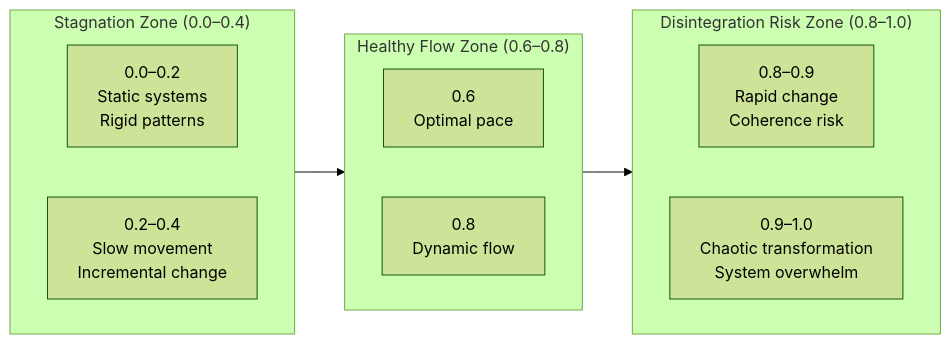
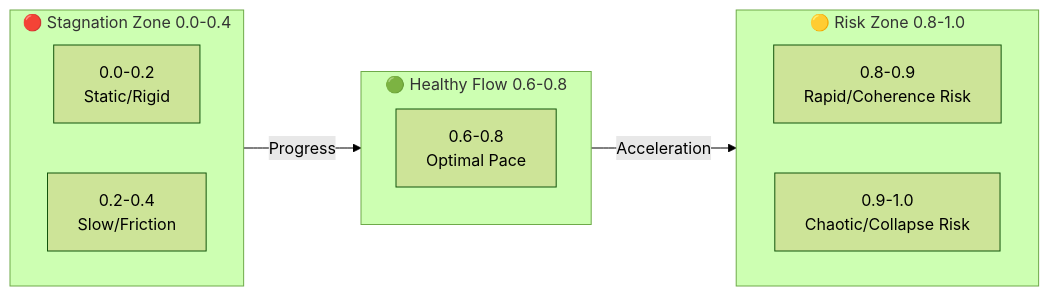
One commit to ravaioli/solarpunk-mandala changed the fourth of 7 diagrams in framework/core-model/04-temporal-unfolding-dialectical-phases.md. Above: the diagram before and after it, drawn with Mermaid (forest theme). The commit also changed other lines of this file, not shown here.

````diff
--- a/framework/core-model/04-temporal-unfolding-dialectical-phases.md
+++ b/framework/core-model/04-temporal-unfolding-dialectical-phases.md
@@ -187,22 +215,20 @@
 ```mermaid
 graph LR
-    subgraph Stagnation["Stagnation Zone (0.0–0.4)"]
+    subgraph Stagnation["🔴 Stagnation Zone 0.0-0.4"]
         direction LR
-        A1["0.0–0.2<br/>Static systems<br/>Rigid patterns"]
-        A2["0.2–0.4<br/>Slow movement<br/>Incremental change"]
+        S1["0.0-0.2<br>Static/Rigid"]
+        S2["0.2-0.4<br>Slow/Friction"]
     end
     
-    subgraph Healthy["Healthy Flow Zone (0.6–0.8)"]
-        direction LR
-        B1["0.6<br/>Optimal pace"]
-        B2["0.8<br/>Dynamic flow"]
+    subgraph Healthy["🟢 Healthy Flow 0.6-0.8"]
+        H["0.6-0.8<br>Optimal Pace"]
     end
     
-    subgraph Risk["Disintegration Risk Zone (0.8–1.0)"]
+    subgraph Risk["🟡 Risk Zone 0.8-1.0"]
         direction LR
-        C1["0.8–0.9<br/>Rapid change<br/>Coherence risk"]
-        C2["0.9–1.0<br/>Chaotic transformation<br/>System overwhelm"]
+        R1["0.8-0.9<br>Rapid/Coherence Risk"]
+        R2["0.9-1.0<br>Chaotic/Collapse Risk"]
     end
     
-    Stagnation --> Healthy --> Risk
+    Stagnation -- Progress --> Healthy -- Acceleration --> Risk
 ```
````
